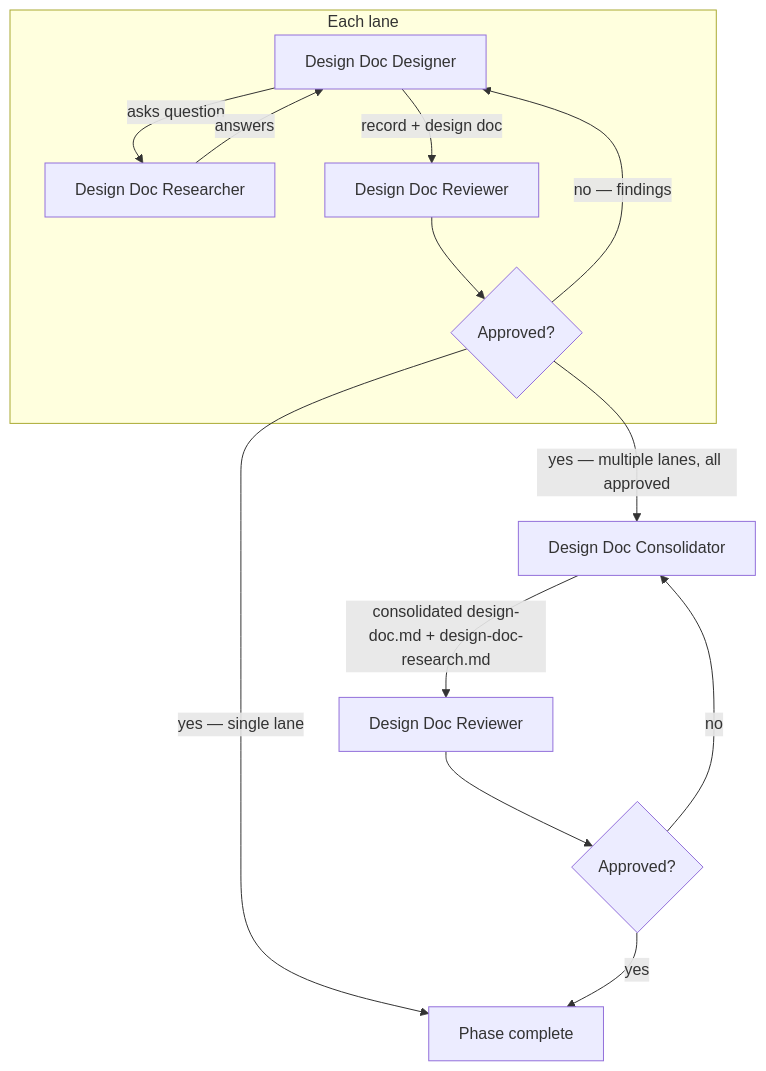
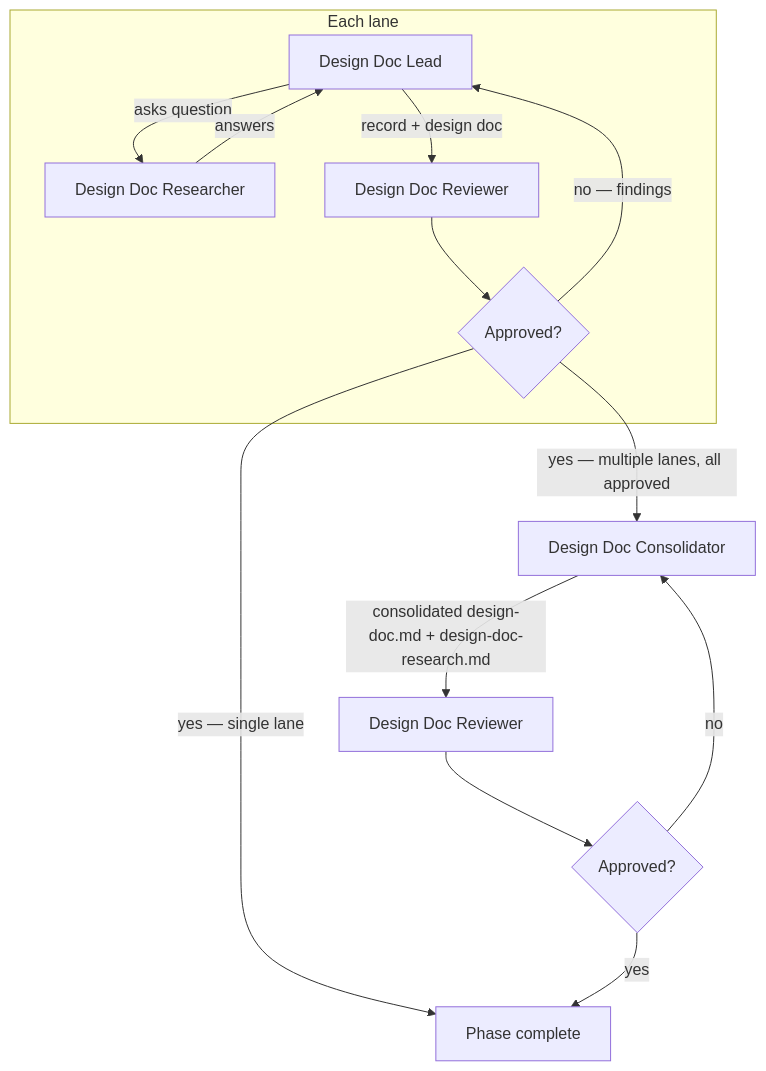
One commit to Automattic/radical-pipelines changed the diagram in skills/radical-pipelines/reference/autonomous-phases/2 - design-doc.md. Above: the diagram before and after it, drawn with Mermaid. The commit also changed other lines of this file and 15 other files, not shown here.

First line of the commit message:
Name the phase-owner seat: spec-lead and design-doc-lead

````diff
--- a/skills/radical-pipelines/reference/autonomous-phases/2 - design-doc.md
+++ b/skills/radical-pipelines/reference/autonomous-phases/2 - design-doc.md
@@ -60,16 +60,16 @@
 ```mermaid
 flowchart TD
     subgraph lane [Each lane]
-        B[Design Doc Designer] -->|asks question| C[Design Doc Researcher]
+        B[Design Doc Lead] -->|asks question| C[Design Doc Researcher]
         C -->|answers| B
         B -->|record + design doc| E[Design Doc Reviewer]
         E --> F{Approved?}
         F -->|no — findings| B
     end
     F -->|"yes — single lane"| K[Phase complete]
     F -->|"yes — multiple lanes, all approved"| H[Design Doc Consolidator]
     H -->|consolidated design-doc.md + design-doc-research.md| I[Design Doc Reviewer]
     I --> J{Approved?}
     J -->|no| H
     J -->|yes| K
 ```
````
